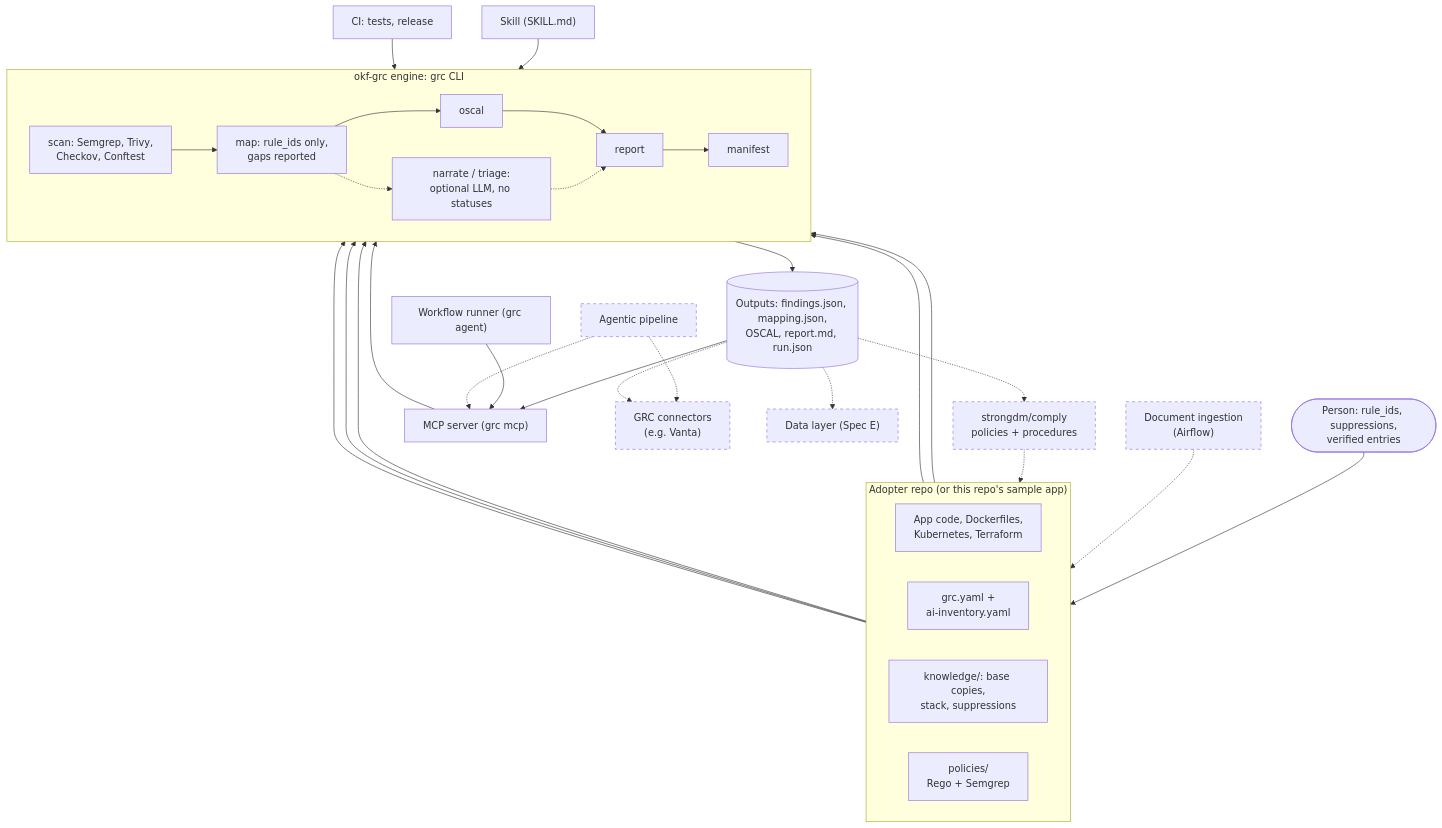
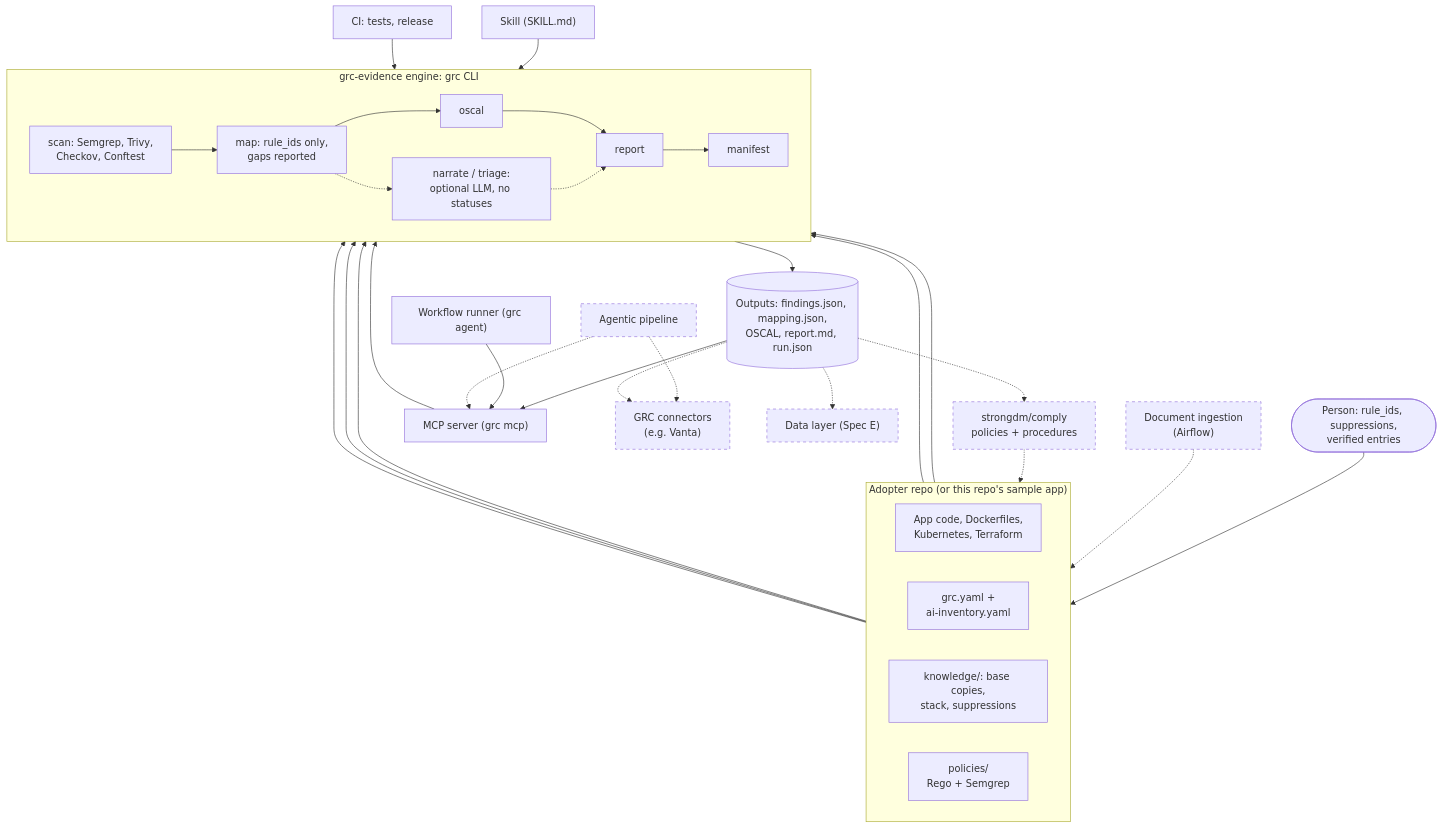
One commit to cdevarenne/grc-evidence changed the diagram in docs/architecture.md. Above: the diagram before and after it, drawn with Mermaid. The commit also changed other lines of this file and 182 other files, not shown here.

First line of the commit message:
Rename the package to grc-evidence and the module to grc_evidence

````diff
--- a/docs/architecture.md
+++ b/docs/architecture.md
@@ -25,50 +25,50 @@
 ```mermaid
 flowchart TB
   person(["Person: rule_ids, suppressions,<br/>verified entries"])
   ingest["Document ingestion<br/>(Airflow)"]:::proposed
   comply["strongdm/comply<br/>policies + procedures"]:::proposed
 
   subgraph repo["Adopter repo (or this repo's sample app)"]
     direction LR
     code["App code, Dockerfiles,<br/>Kubernetes, Terraform"]
     cfg["grc.yaml +<br/>ai-inventory.yaml"]
     kb["knowledge/: base copies,<br/>stack, suppressions"]
     pol["policies/<br/>Rego + Semgrep"]
   end
 
-  subgraph engine["okf-grc engine: grc CLI"]
+  subgraph engine["grc-evidence engine: grc CLI"]
     direction LR
     scan["scan: Semgrep, Trivy,<br/>Checkov, Conftest"] --> map["map: rule_ids only,<br/>gaps reported"] --> oscal["oscal"] --> report["report"] --> manifest["manifest"]
     llm["narrate / triage:<br/>optional LLM, no statuses"]
   end
 
   files[("Outputs: findings.json, mapping.json,<br/>OSCAL, report.md, run.json")]
 
   skill["Skill (SKILL.md)"]
   ci["CI: tests, release"]
   mcp["MCP server (grc mcp)"]
   runner["Workflow runner (grc agent)"]
   agent["Agentic pipeline"]:::proposed
   conn["GRC connectors<br/>(e.g. Vanta)"]:::proposed
   store["Data layer (Spec E)"]:::proposed
 
   person --> kb
   ingest -.-> kb
   comply -.-> kb
   code & cfg & pol --> scan
   kb & cfg --> map
   map -.-> llm -.-> report
   manifest --> files
   skill --> engine
   ci --> engine
   mcp --> engine
   files --> mcp
   runner --> mcp
   agent -.-> mcp
   agent -.-> conn
   files -.-> conn
   files -.-> store
   files -.-> comply
 
   classDef proposed stroke-dasharray: 5 5
 ```
````
